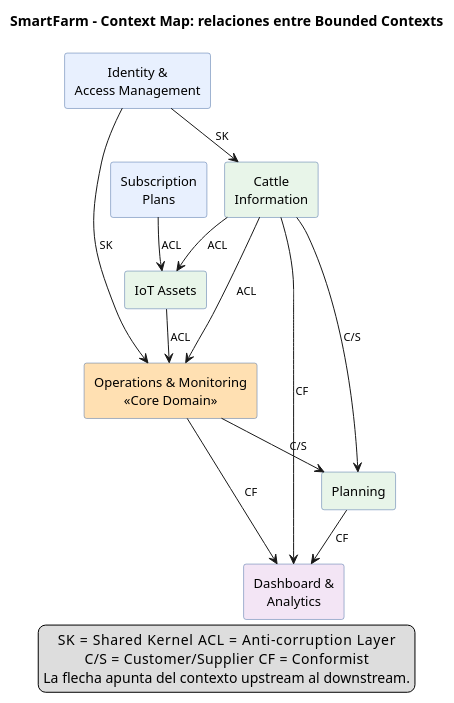
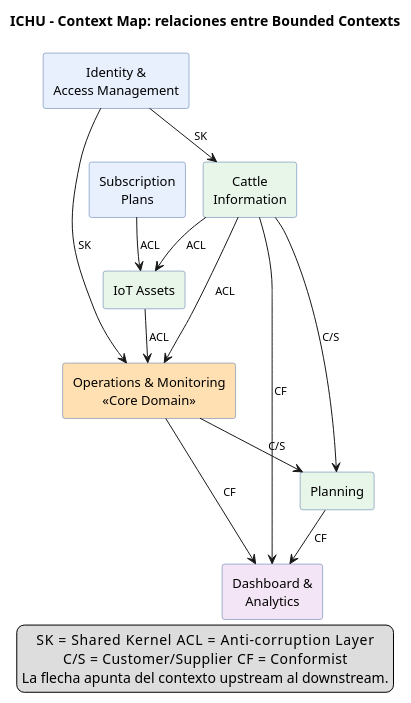
One commit to SmartFarm-8733/Report-SmartFarm changed the diagram in diagrams/puml/context-map.puml. Above: the diagram before and after it, drawn with PlantUML. The commit also changed 30 other files, not shown here.

Commit message:
docs: update c4 diagrams with ICHU naming and IoT hardware in context view

```diff
--- a/diagrams/puml/context-map.puml
+++ b/diagrams/puml/context-map.puml
@@ -1,38 +1,38 @@
 @startuml
 !pragma layout smetana
 skinparam shadowing false
 skinparam defaultTextAlignment center
 skinparam rectangle {
   BackgroundColor #FFFFFF
   BorderColor #4A6FA5
   FontSize 13
 }
 skinparam ArrowFontSize 11
-title SmartFarm - Context Map: relaciones entre Bounded Contexts
+title ICHU - Context Map: relaciones entre Bounded Contexts
 
 rectangle "Identity &\nAccess Management" as IAM #E8F0FE
 rectangle "Subscription\nPlans" as SUB #E8F0FE
 rectangle "Cattle\nInformation" as CATTLE #E8F5E9
 rectangle "IoT Assets" as IOT #E8F5E9
 rectangle "Operations & Monitoring\n<<Core Domain>>" as MON #FFE0B2
 rectangle "Planning" as PLAN #E8F5E9
 rectangle "Dashboard &\nAnalytics" as ANA #F3E5F5
 
 IAM -down-> CATTLE : SK
 IAM -down-> MON : SK
 SUB -down-> IOT : ACL
 CATTLE -down-> IOT : ACL
 CATTLE -down-> MON : ACL
 CATTLE -down-> PLAN : C/S
 IOT -down-> MON : ACL
 MON -down-> PLAN : C/S
 MON -down-> ANA : CF
 PLAN -down-> ANA : CF
 CATTLE -down-> ANA : CF
 
 legend bottom
   SK  = Shared Kernel        ACL = Anti-corruption Layer
   C/S = Customer/Supplier    CF  = Conformist
   La flecha apunta del contexto upstream al downstream.
 endlegend
 @enduml
```
